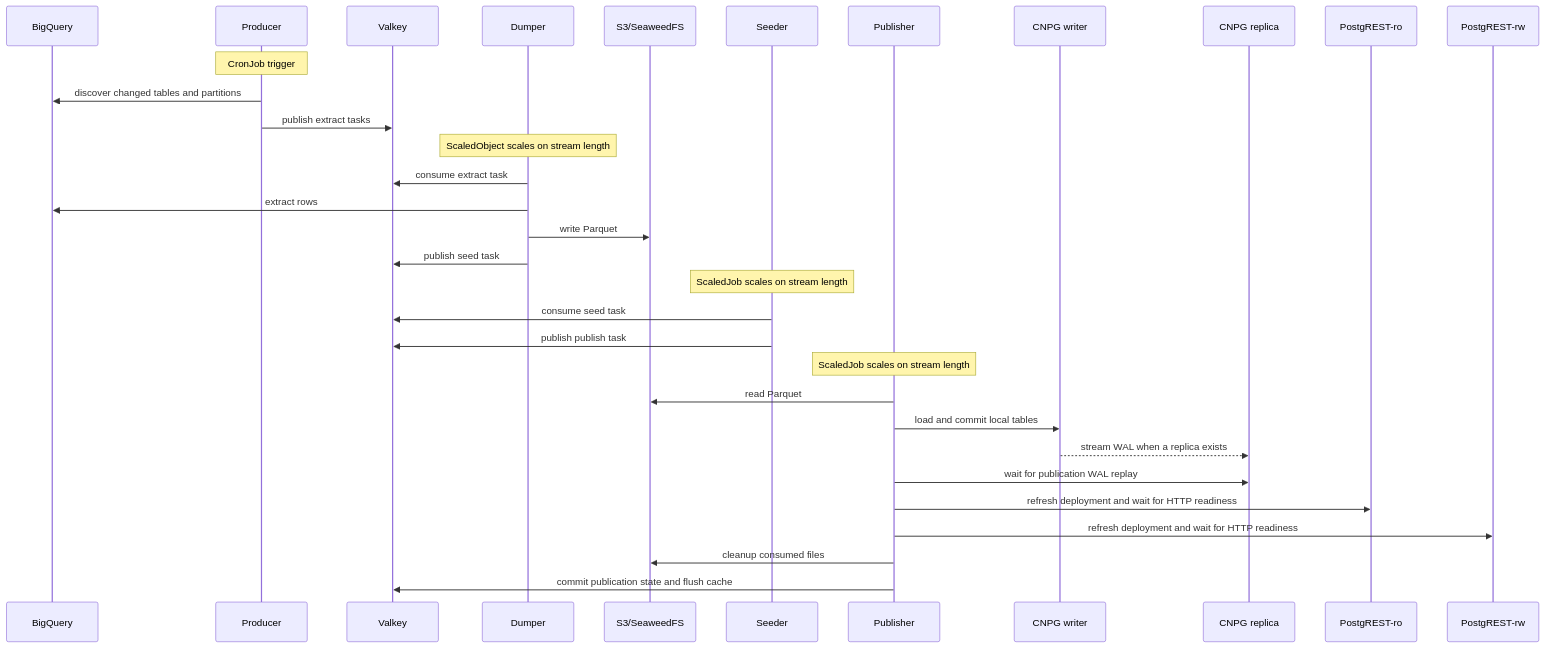
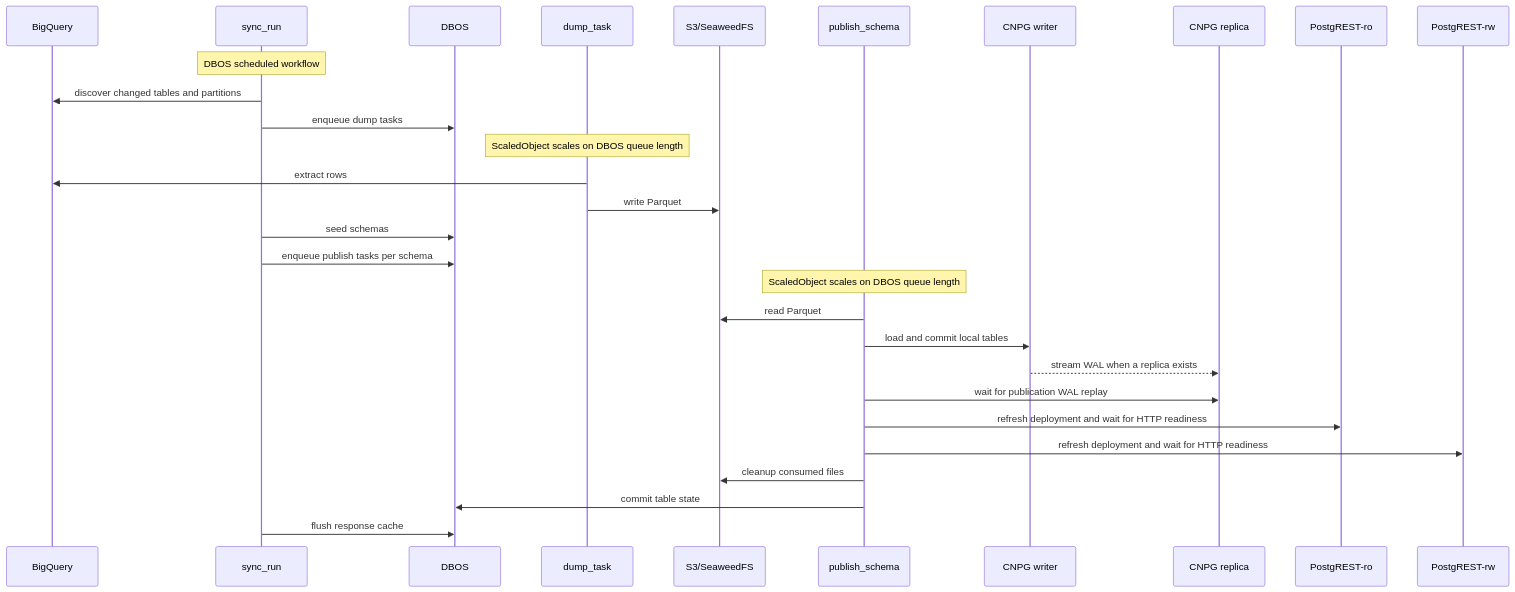
One commit to prefeitura-rio/data-proxy changed the first of 4 diagrams in docs/architecture.md. Above: the diagram before and after it, drawn with Mermaid. The commit also changed other lines of this file and 6 other files, not shown here.

Commit message:
docs(sync): document DBOS pipeline and operations

````diff
--- a/docs/architecture.md
+++ b/docs/architecture.md
@@ -34,35 +34,32 @@
 ```mermaid
 sequenceDiagram
     participant BQ as BigQuery
-    participant P as Producer
-    participant R as Valkey
-    participant W as Dumper
+    participant P as sync_run
+    participant D as DBOS
+    participant W as dump_task
     participant S3 as S3/SeaweedFS
-    participant S as Seeder
-    participant PUB as Publisher
+    participant PUB as publish_schema
     participant CW as CNPG writer
     participant CR as CNPG replica
     participant RO as PostgREST-ro
     participant RW as PostgREST-rw
 
-    Note over P: CronJob trigger
+    Note over P: DBOS scheduled workflow
     P->>BQ: discover changed tables and partitions
-    P->>R: publish extract tasks
-    Note over W: ScaledObject scales on stream length
-    W->>R: consume extract task
+    P->>D: enqueue dump tasks
+    Note over W: ScaledObject scales on DBOS queue length
     W->>BQ: extract rows
     W->>S3: write Parquet
-    W->>R: publish seed task
-    Note over S: ScaledJob scales on stream length
-    S->>R: consume seed task
-    S->>R: publish publish task
-    Note over PUB: ScaledJob scales on stream length
+    P->>D: seed schemas
+    P->>D: enqueue publish tasks per schema
+    Note over PUB: ScaledObject scales on DBOS queue length
     PUB->>S3: read Parquet
     PUB->>CW: load and commit local tables
     CW-->>CR: stream WAL when a replica exists
     PUB->>CR: wait for publication WAL replay
     PUB->>RO: refresh deployment and wait for HTTP readiness
     PUB->>RW: refresh deployment and wait for HTTP readiness
     PUB->>S3: cleanup consumed files
-    PUB->>R: commit publication state and flush cache
+    PUB->>D: commit table state
+    P->>D: flush response cache
 ```
````
